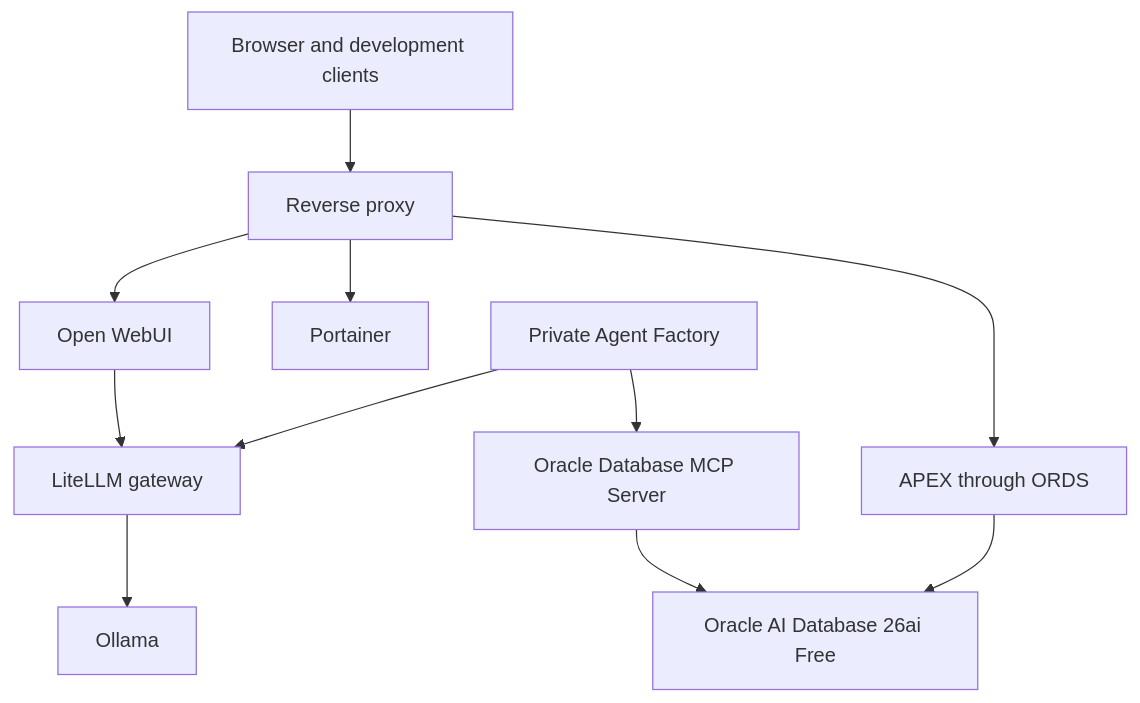
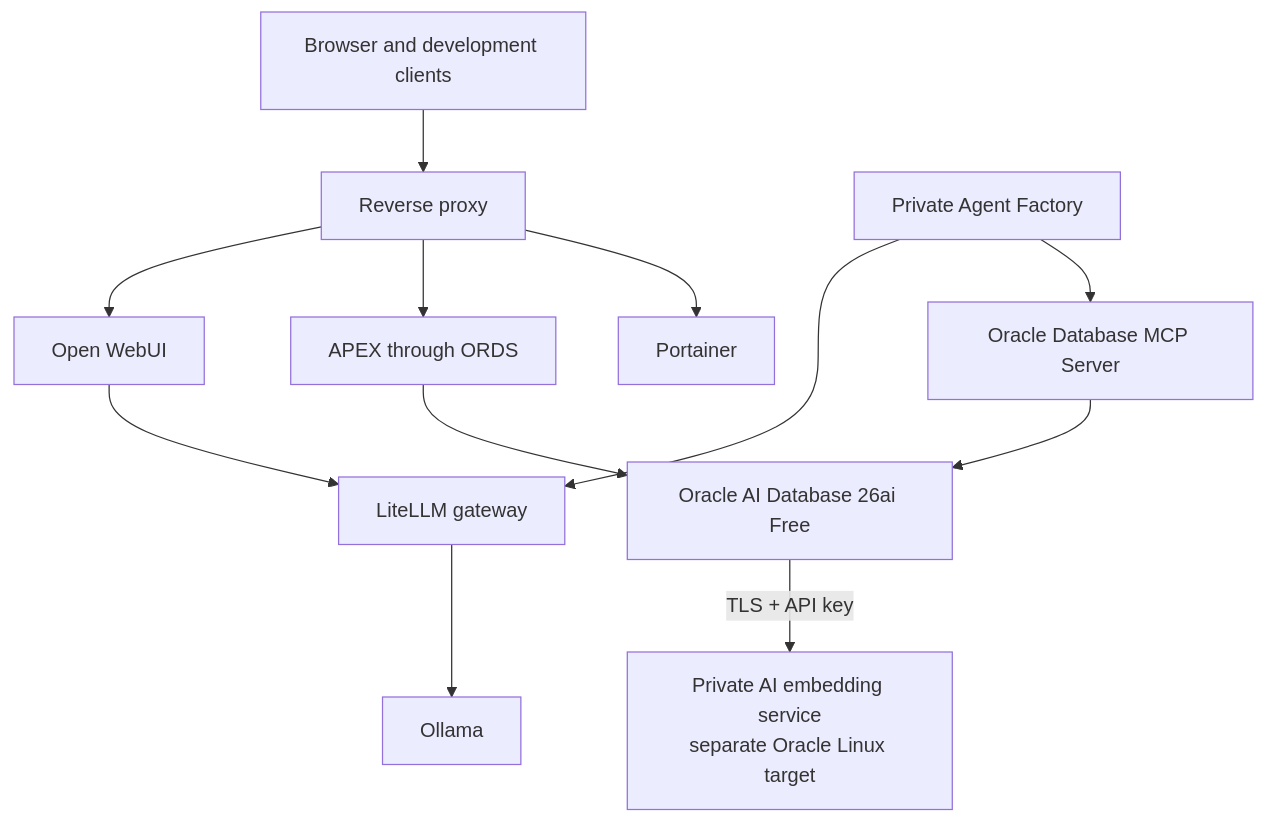
The second of 2 diagrams in docs/architecture.md (jon-tucker/private-ai-data-lab), drawn with Mermaid before and after one commit. The commit also changed other lines of this file and 7 other files, not shown here.

````diff
--- a/docs/architecture.md
+++ b/docs/architecture.md
@@ -20,24 +20,26 @@
 ```mermaid
 flowchart TB
   Browser["Browser and development clients"]
   Proxy["Reverse proxy"]
   WebUI["Open WebUI"]
   APEX["APEX through ORDS"]
   Portainer["Portainer"]
   LiteLLM["LiteLLM gateway"]
   Ollama["Ollama"]
   MCP["Oracle Database MCP Server"]
   Factory["Private Agent Factory"]
   Oracle["Oracle AI Database 26ai Free"]
+  PrivateAI["Private AI embedding service<br/>separate Oracle Linux target"]
 
   Browser --> Proxy
   Proxy --> WebUI
   Proxy --> APEX
   Proxy --> Portainer
   WebUI --> LiteLLM
   Factory --> LiteLLM
   LiteLLM --> Ollama
   MCP --> Oracle
   Factory --> MCP
   APEX --> Oracle
+  Oracle -->|TLS + API key| PrivateAI
 ```
````
